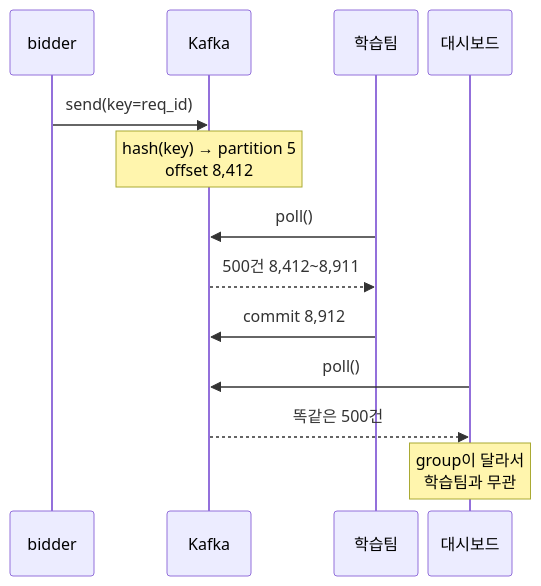
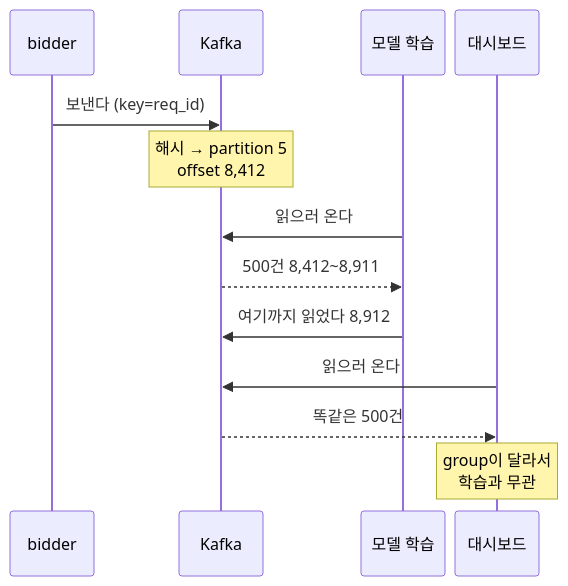
Before and after one commit to chkimsu/adtech-blog: the first of 2 diagrams in posts/kafka-log-pipeline.md, drawn with Mermaid. The commit also changed other lines of this file and 5 other files, not shown here.

````diff
--- a/posts/kafka-log-pipeline.md
+++ b/posts/kafka-log-pipeline.md
@@ -472,16 +185,16 @@
 ```mermaid
 %%{init:{'sequence':{'actorMargin':10,'width':84,'boxMargin':6,'noteMargin':6,'messageMargin':22,'diagramMarginX':6,'diagramMarginY':6}}}%%
 sequenceDiagram
   participant B as bidder
   participant K as Kafka
-  participant T as 학습팀
+  participant T as 모델 학습
   participant D as 대시보드
-  B->>K: send(key=req_id)
-  Note over K: hash(key) → partition 5<br/>offset 8,412
-  T->>K: poll()
+  B->>K: 보낸다 (key=req_id)
+  Note over K: 해시 → partition 5<br/>offset 8,412
+  T->>K: 읽으러 온다
   K-->>T: 500건 8,412~8,911
-  T->>K: commit 8,912
-  D->>K: poll()
+  T->>K: 여기까지 읽었다 8,912
+  D->>K: 읽으러 온다
   K-->>D: 똑같은 500건
-  Note over D: group이 달라서<br/>학습팀과 무관
+  Note over D: group이 달라서<br/>학습과 무관
 ```
````
